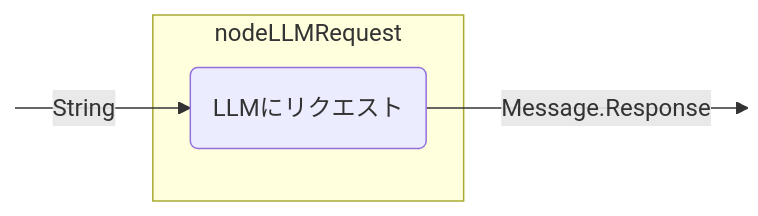
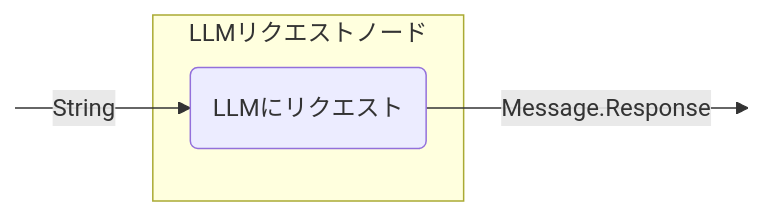
The sixth of 15 diagrams in docs/ja/koog/nodes-and-components.md (BinaryTape/Open-Docs), drawn with Mermaid before and after one commit. The commit also changed other lines of this file and 164 other files, not shown here.

````diff
--- a/docs/ja/koog/nodes-and-components.md
+++ b/docs/ja/koog/nodes-and-components.md
@@ -292,13 +292,13 @@
 ```mermaid
 graph LR
     in:::hidden
     out:::hidden
     
-    subgraph node ["nodeLLMRequest"]
+    subgraph node ["LLMリクエストノード"]
         execute(LLMにリクエスト)
     end
     
     in --String--> execute --Message.Response--> out
 
     classDef hidden display: none;
 ```
````
